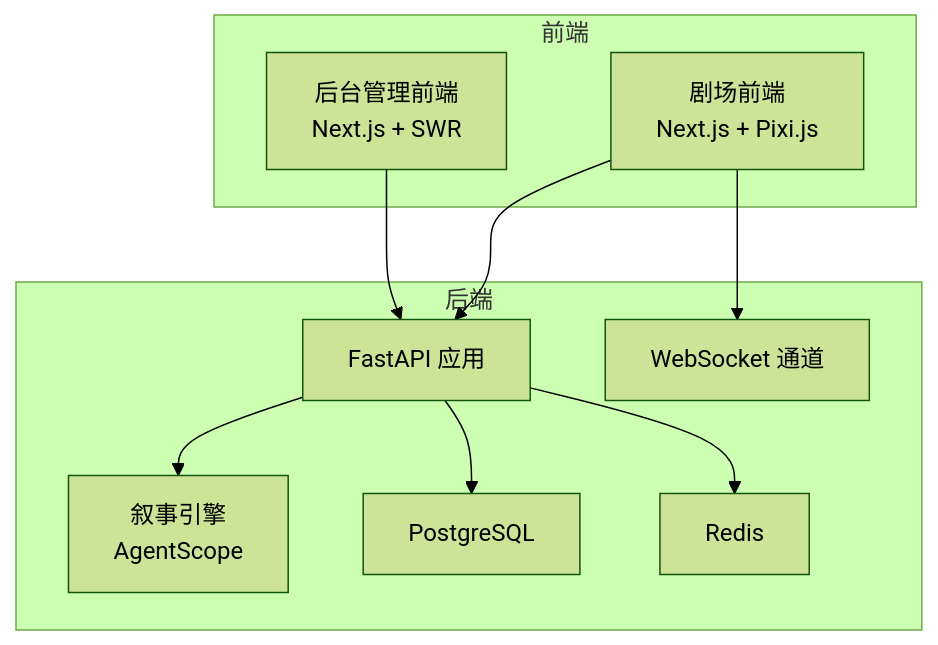
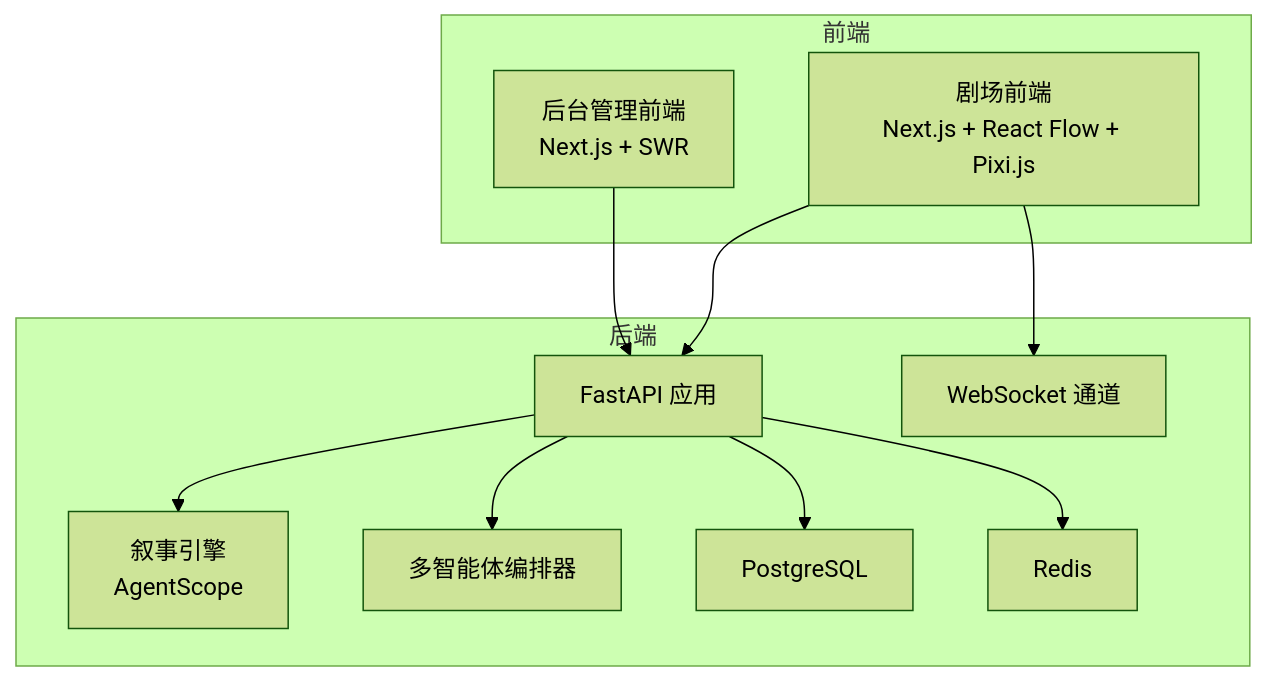
One commit to KunLabAI/KunFlix changed the first of 9 diagrams in .qoder/repowiki/zh/content/项目概述/系统简介与核心特性.md. Above: the diagram before and after it, drawn with Mermaid (forest theme). The commit also changed other lines of this file and 88 other files, not shown here.

````diff
--- a/.qoder/repowiki/zh/content/项目概述/系统简介与核心特性.md
+++ b/.qoder/repowiki/zh/content/项目概述/系统简介与核心特性.md
@@ -54,20 +53,22 @@
 ```mermaid
 graph TB
 subgraph "前端"
-FE_Theater["剧场前端<br/>Next.js + Pixi.js"]
+FE_Theater["剧场前端<br/>Next.js + React Flow + Pixi.js"]
 FE_Admin["后台管理前端<br/>Next.js + SWR"]
 end
 subgraph "后端"
 API["FastAPI 应用"]
 NE["叙事引擎<br/>AgentScope"]
+ORCH["多智能体编排器"]
 DB["PostgreSQL"]
 REDIS["Redis"]
 WS["WebSocket 通道"]
 end
 FE_Theater --> API
 FE_Admin --> API
 API --> NE
+API --> ORCH
 API --> DB
 API --> REDIS
 FE_Theater --> WS
 ```
````
